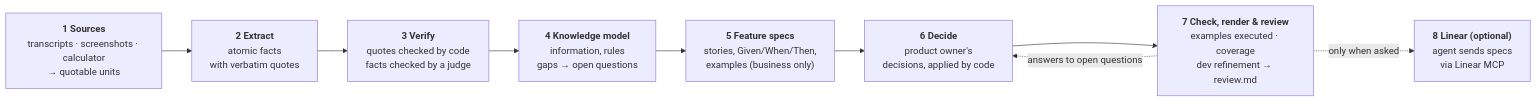
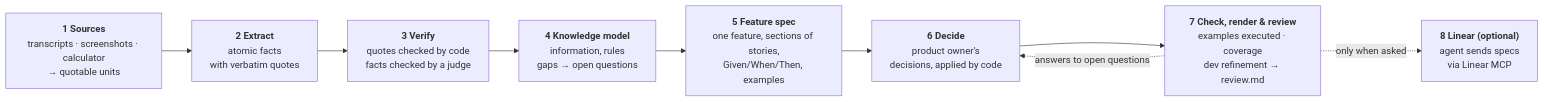
Before and after one commit to 972C8/Lonio-TakeHomeChallenge: the diagram in Solution/README.md, drawn with Mermaid. The commit also changed other lines of this file and 49 other files, not shown here.

First line of the commit message:
One feature per problem: sections of user stories inside a single feature spec

````diff
--- a/Solution/README.md
+++ b/Solution/README.md
@@ -10,14 +11,14 @@
 ```mermaid
 flowchart LR
     S1["<b>1 Sources</b><br/>transcripts · screenshots · calculator<br/>→ quotable units"]
     S2["<b>2 Extract</b><br/>atomic facts<br/>with verbatim quotes"]
     S3["<b>3 Verify</b><br/>quotes checked by code<br/>facts checked by a judge"]
     S4["<b>4 Knowledge model</b><br/>information, rules<br/>gaps → open questions"]
-    S5["<b>5 Feature specs</b><br/>stories, Given/When/Then,<br/>examples (business only)"]
+    S5["<b>5 Feature spec</b><br/>one feature, sections of stories,<br/>Given/When/Then, examples"]
     S6["<b>6 Decide</b><br/>product owner's<br/>decisions, applied by code"]
     S7["<b>7 Check, render & review</b><br/>examples executed · coverage<br/>dev refinement → review.md"]
     S8["<b>8 Linear (optional)</b><br/>agent sends specs<br/>via Linear MCP"]
     S1 --> S2 --> S3 --> S4 --> S5 --> S6 --> S7
     S7 -. "only when asked" .-> S8
     S7 -. "answers to open questions" .-> S6
 ```
````
